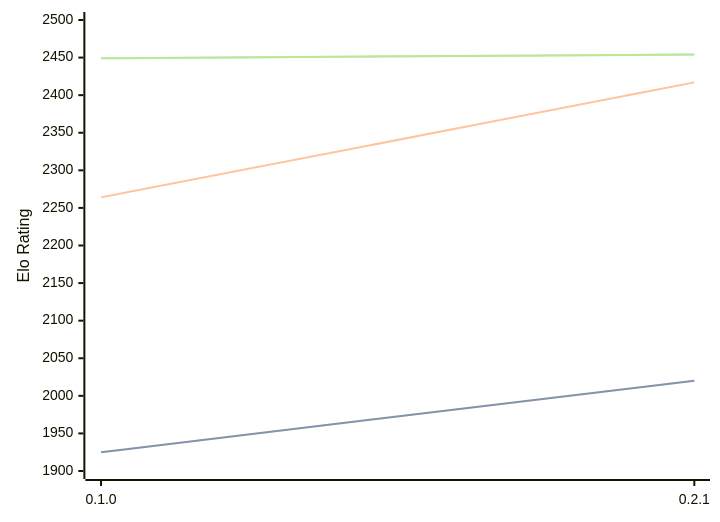
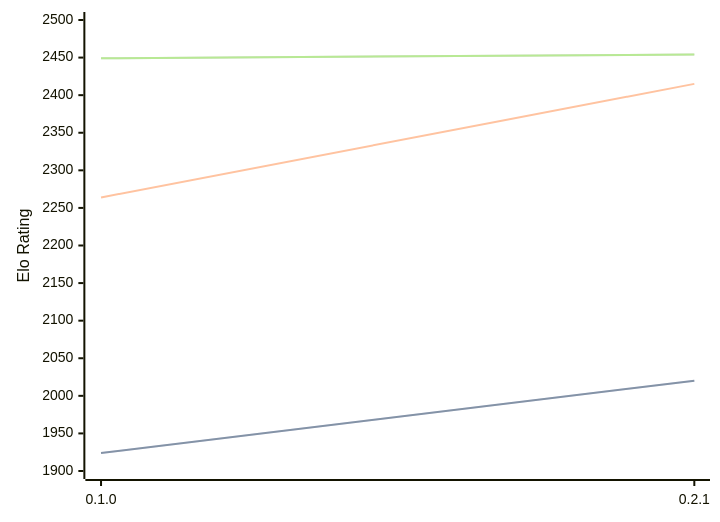
Before and after one commit to computer-chess-index/cci: the diagram in engines/Sykora.md, drawn with Mermaid. The commit also changed other lines of this file, not shown here.

Commit message:
Update CCI Ratings (ELO VLTC) - 2026-03-17

````diff
--- a/engines/Sykora.md
+++ b/engines/Sykora.md
@@ -30,11 +30,11 @@
 ```mermaid
 %%{init: {"theme":"base","themeVariables":{"seriesColors:['#a3a3a3','#222221','#faa371']}}}%%
 xychart-beta
   x-axis ["0.1.0", "0.2.1"]
   y-axis "Elo Rating" 1900 --> 2500
-  line "STC (8.0+0.08s)" [1925, 2020]
-  line "STC (8.0+0.08s)" [1925, 2020]
-  line "LTC (60.0+0.60s)" [2264, 2417]
+  line "STC (8.0+0.08s)" [1924, 2020]
+  line "STC (8.0+0.08s)" [1924, 2020]
+  line "LTC (60.0+0.60s)" [2264, 2415]
   line "VLTC (2m24s+1.12s)" [2449, 2454]
   line "VLTC (2m24s+1.12s)" [2449, 2454]
 ```
````
